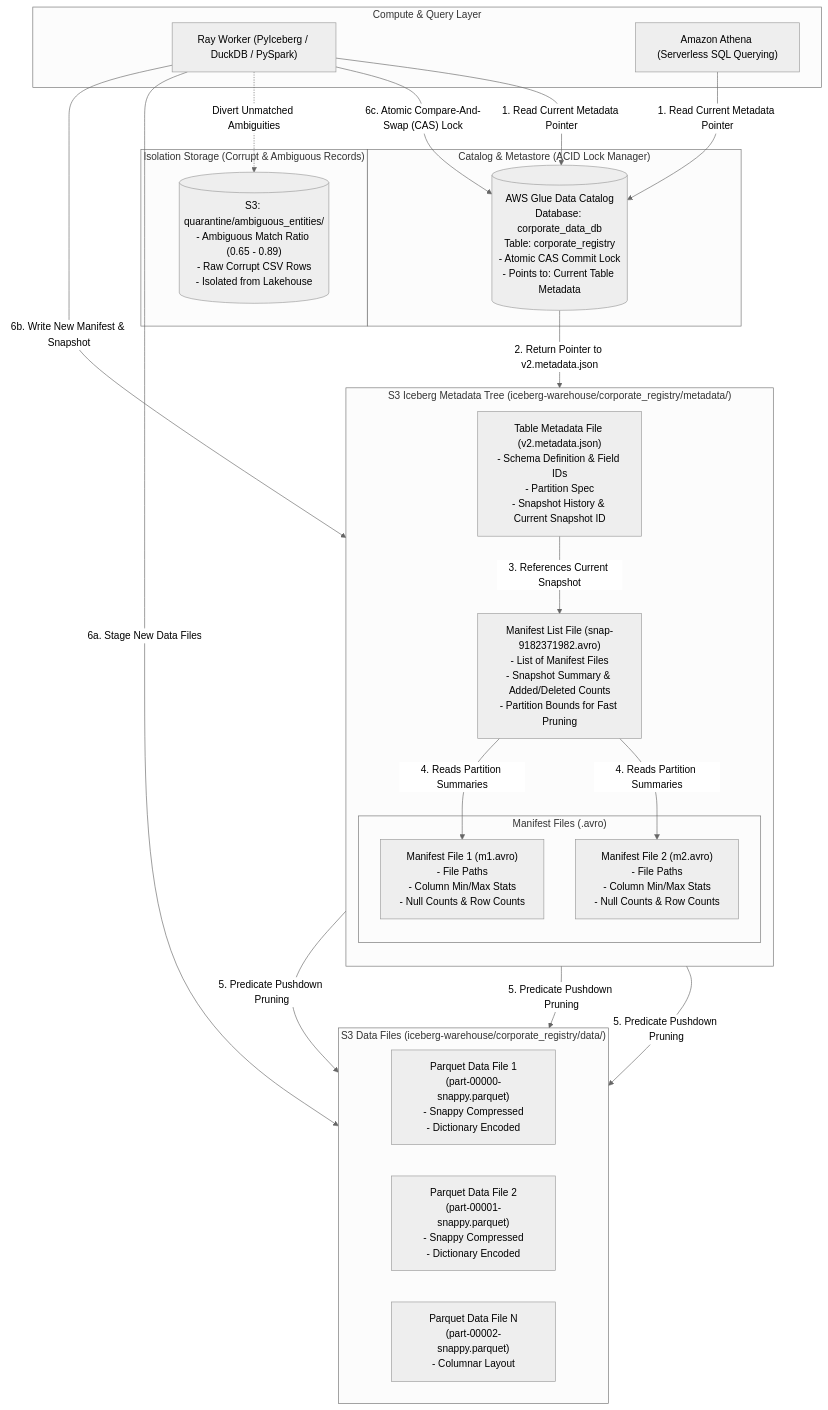
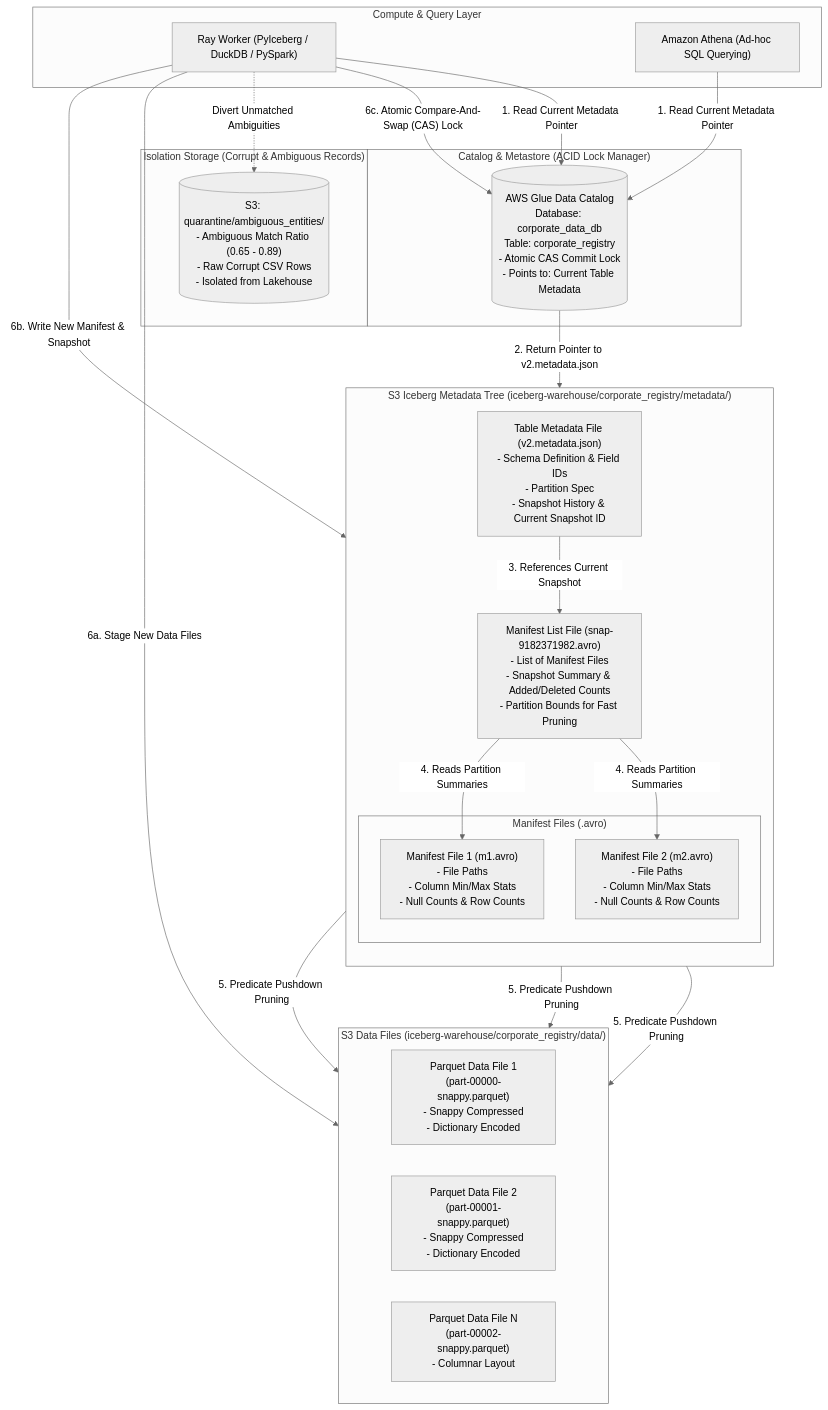
Before and after one commit to jashkv/ray-platform: the diagram in docs/mermaid/09-lakehouse-iceberg.mmd, drawn with Mermaid (neutral theme). The commit also changed 33 other files, not shown here.

```diff
--- a/docs/mermaid/09-lakehouse-iceberg.mmd
+++ b/docs/mermaid/09-lakehouse-iceberg.mmd
@@ -1,55 +1,55 @@
 flowchart TD
     %% Apache Iceberg ACID Lakehouse Storage Architecture
     subgraph Compute_Engines["Compute & Query Layer"]
         RAY_WORKER["Ray Worker (PyIceberg / DuckDB / PySpark)"]
-        ATHENA["Amazon Athena (Serverless SQL Querying)"]
+        ATHENA["Amazon Athena (Ad-hoc SQL Querying)"]
     end
 
     subgraph Catalog_Layer["Catalog & Metastore (ACID Lock Manager)"]
         GLUE_CATALOG[("AWS Glue Data Catalog\nDatabase: corporate_data_db\nTable: corporate_registry\n- Atomic CAS Commit Lock\n- Points to: Current Table Metadata")]
     end
 
     subgraph S3_Metadata_Tree["S3 Iceberg Metadata Tree (iceberg-warehouse/corporate_registry/metadata/)"]
         direction TB
 
         META_JSON["Table Metadata File (v2.metadata.json)\n- Schema Definition & Field IDs\n- Partition Spec\n- Snapshot History & Current Snapshot ID"]
 
         SNAP_LIST["Manifest List File (snap-9182371982.avro)\n- List of Manifest Files\n- Snapshot Summary & Added/Deleted Counts\n- Partition Bounds for Fast Pruning"]
 
         subgraph Manifest_Files["Manifest Files (.avro)"]
             M1["Manifest File 1 (m1.avro)\n- File Paths\n- Column Min/Max Stats\n- Null Counts & Row Counts"]
             M2["Manifest File 2 (m2.avro)\n- File Paths\n- Column Min/Max Stats\n- Null Counts & Row Counts"]
         end
     end
 
     subgraph S3_Data_Files["S3 Data Files (iceberg-warehouse/corporate_registry/data/)"]
         direction LR
         PARQUET_1["Parquet Data File 1\n(part-00000-snappy.parquet)\n- Snappy Compressed\n- Dictionary Encoded"]
         PARQUET_2["Parquet Data File 2\n(part-00001-snappy.parquet)\n- Snappy Compressed\n- Dictionary Encoded"]
         PARQUET_N["Parquet Data File N\n(part-00002-snappy.parquet)\n- Columnar Layout"]
     end
 
     subgraph Quarantine_Storage["Isolation Storage (Corrupt & Ambiguous Records)"]
         S3_QUARANTINE[("S3: quarantine/ambiguous_entities/\n- Ambiguous Match Ratio (0.65 - 0.89)\n- Raw Corrupt CSV Rows\n- Isolated from Lakehouse")]
     end
 
     %% Engine to Catalog
     RAY_WORKER -->|"1. Read Current Metadata Pointer"| GLUE_CATALOG
     ATHENA -->|"1. Read Current Metadata Pointer"| GLUE_CATALOG
     GLUE_CATALOG -->|"2. Return Pointer to v2.metadata.json"| META_JSON
 
     %% Metadata Tree Traversal
     META_JSON -->|"3. References Current Snapshot"| SNAP_LIST
     SNAP_LIST -->|"4. Reads Partition Summaries"| M1
     SNAP_LIST -->|"4. Reads Partition Summaries"| M2
     M1 -->|"5. Predicate Pushdown Pruning"| PARQUET_1
     M2 -->|"5. Predicate Pushdown Pruning"| PARQUET_2
     M2 -->|"5. Predicate Pushdown Pruning"| PARQUET_N
 
     %% Atomic Commit Cycle
     RAY_WORKER -->|"6a. Stage New Data Files"| S3_Data_Files
     RAY_WORKER -->|"6b. Write New Manifest & Snapshot"| S3_Metadata_Tree
     RAY_WORKER -->|"6c. Atomic Compare-And-Swap (CAS) Lock"| GLUE_CATALOG
 
     %% Quarantine Divert
     RAY_WORKER -.->|"Divert Unmatched Ambiguities"| S3_QUARANTINE
```
